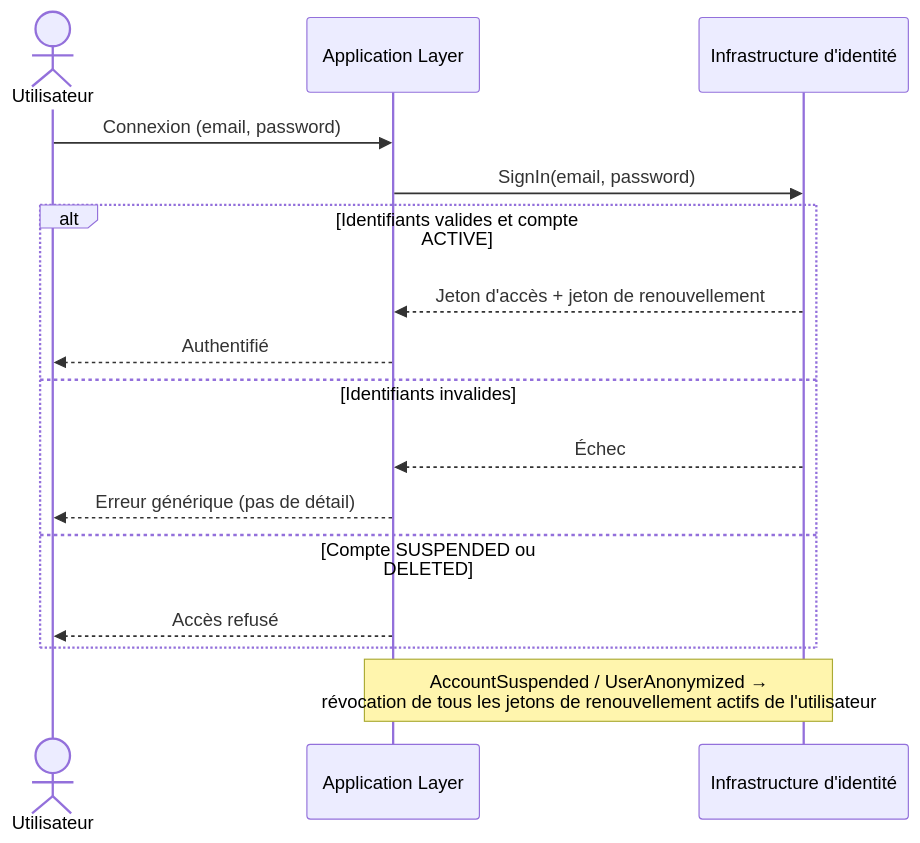
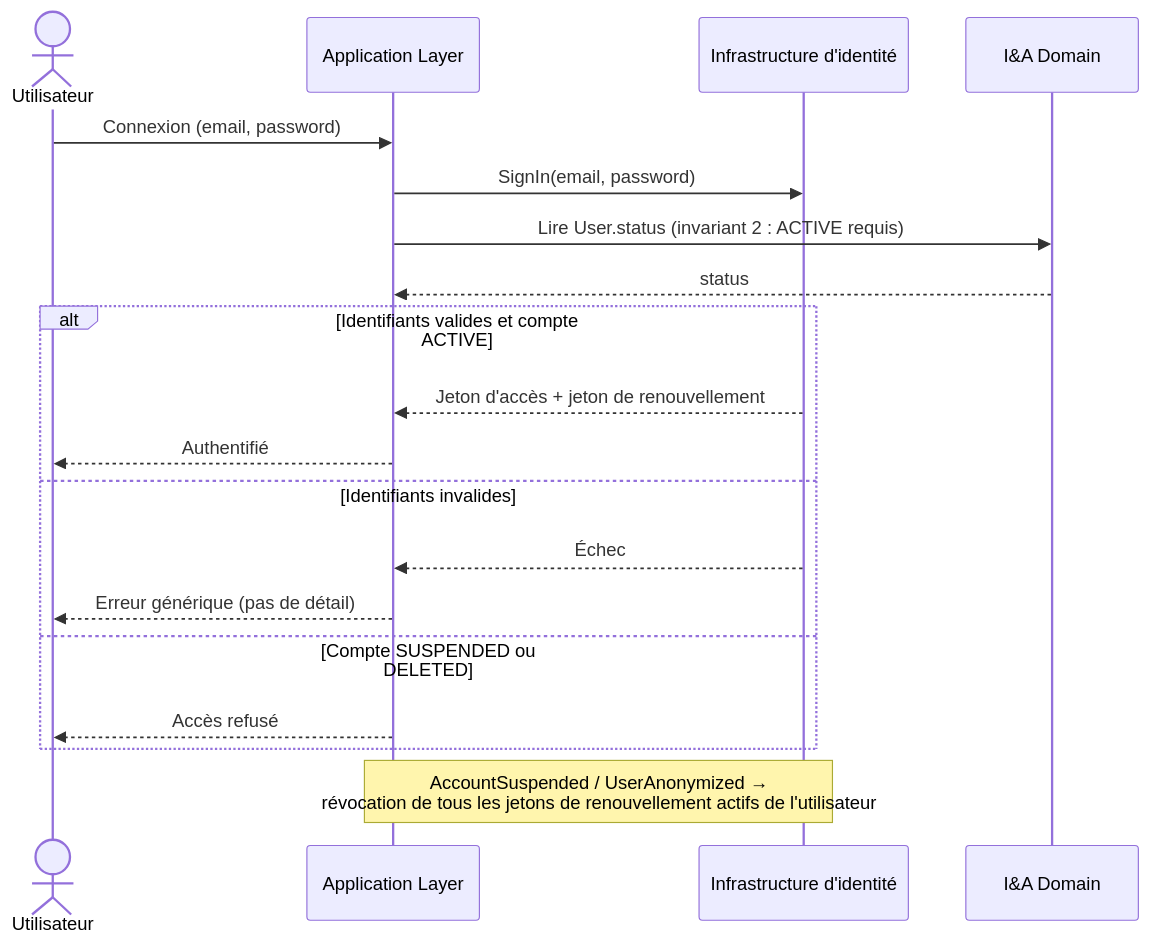
One commit to 2025-10-CDA-ECO-P6/PM-micro-saas changed the second of 6 diagrams in docs/domaine/identity-access/flows.md. Above: the diagram before and after it, drawn with Mermaid. The commit also changed other lines of this file and 3 other files, not shown here.

````diff
--- a/docs/domaine/identity-access/flows.md
+++ b/docs/domaine/identity-access/flows.md
@@ -33,19 +33,22 @@
 ```mermaid
 sequenceDiagram
     actor Utilisateur
     participant App as Application Layer
     participant Identity as Infrastructure d'identité
+    participant IA as I&A Domain
 
     Utilisateur->>App: Connexion (email, password)
     App->>Identity: SignIn(email, password)
+    App->>IA: Lire User.status (invariant 2 : ACTIVE requis)
+    IA-->>App: status
     alt Identifiants valides et compte ACTIVE
         Identity-->>App: Jeton d'accès + jeton de renouvellement
         App-->>Utilisateur: Authentifié
     else Identifiants invalides
         Identity-->>App: Échec
         App-->>Utilisateur: Erreur générique (pas de détail)
     else Compte SUSPENDED ou DELETED
         App-->>Utilisateur: Accès refusé
     end
     Note over App,Identity: AccountSuspended / UserAnonymized →<br/>révocation de tous les jetons de renouvellement actifs de l'utilisateur
 ```
````
